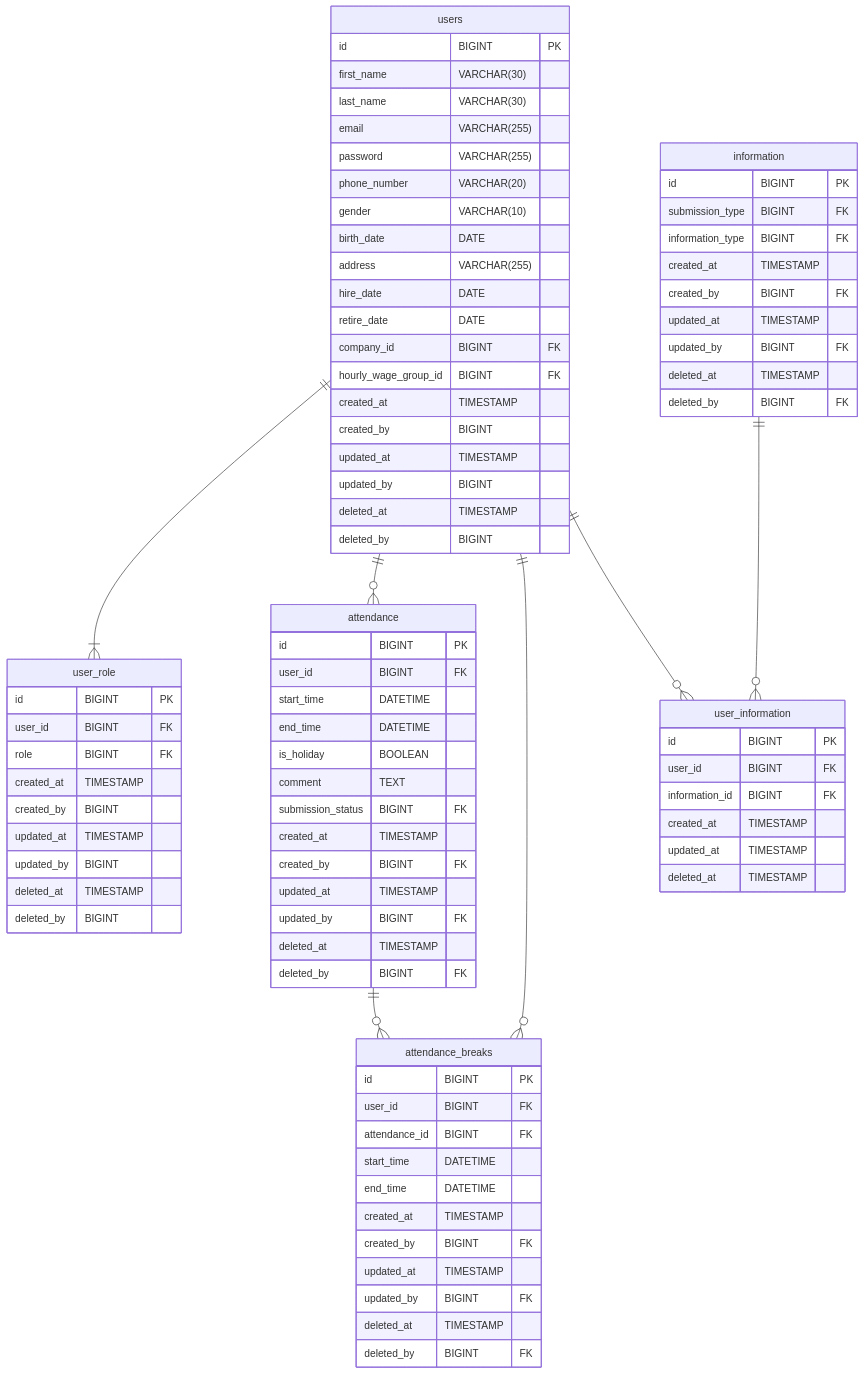
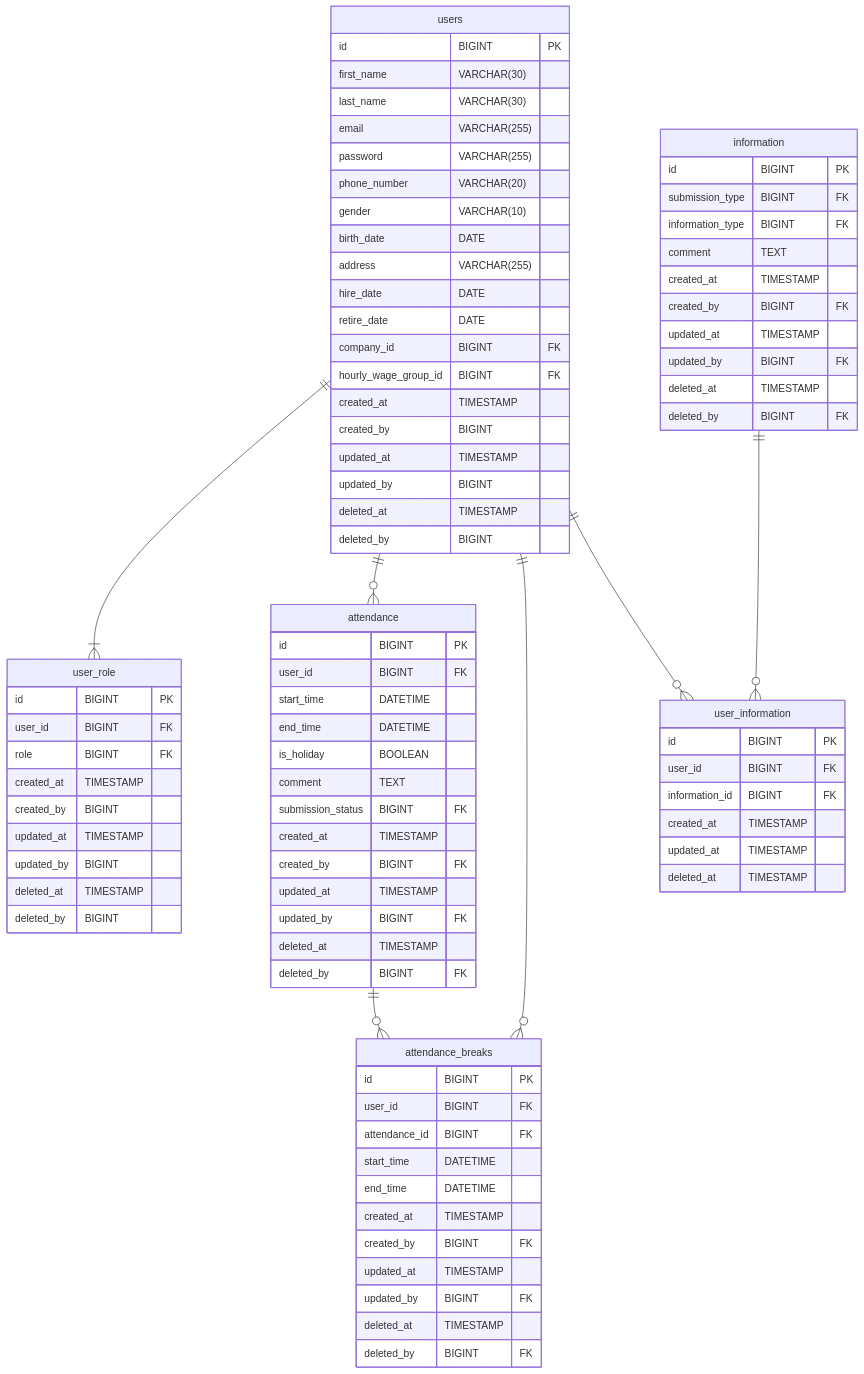
Before and after one commit to reo00ngee/attendance: the first of 5 diagrams in Documents/Database Design/Entity-RelationshipDiagrams.md, drawn with Mermaid. The commit also changed other lines of this file and 1 other file, not shown here.

Commit message:
add comment to information table in documents

```diff
--- a/Documents/Database Design/Entity-RelationshipDiagrams.md
+++ b/Documents/Database Design/Entity-RelationshipDiagrams.md
@@ -91,6 +91,7 @@
     id BIGINT PK
     submission_type BIGINT FK
     information_type BIGINT FK
+    comment TEXT
     created_at TIMESTAMP
     created_by BIGINT FK
     updated_at TIMESTAMP
```
